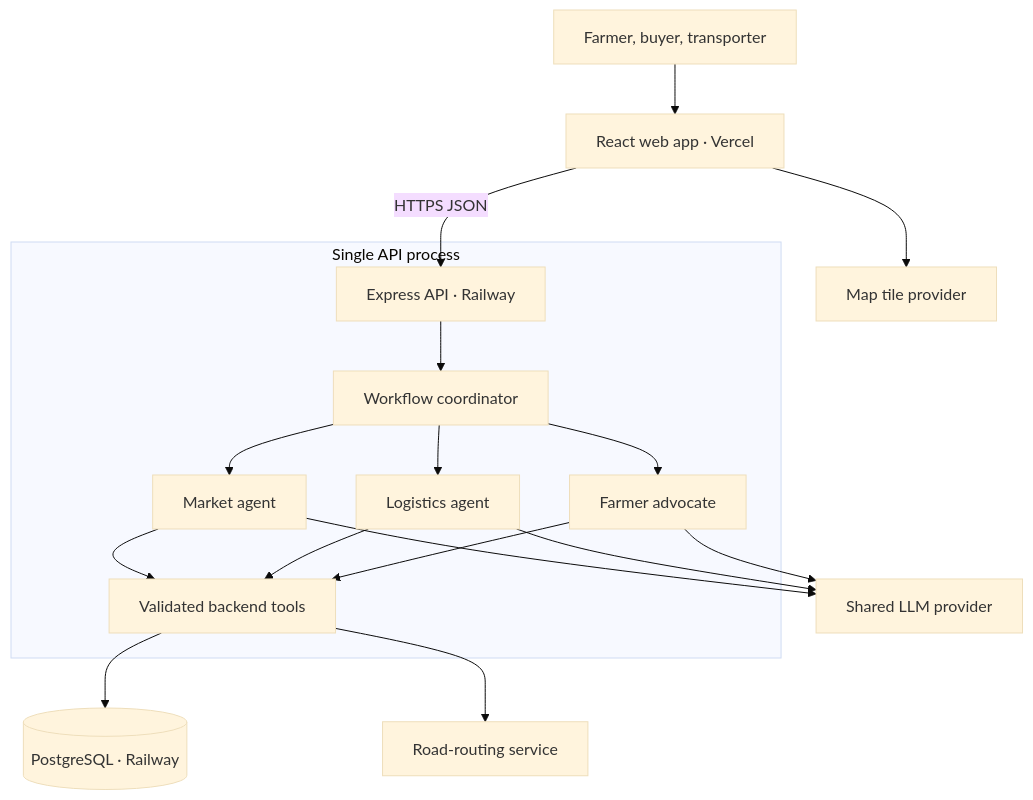
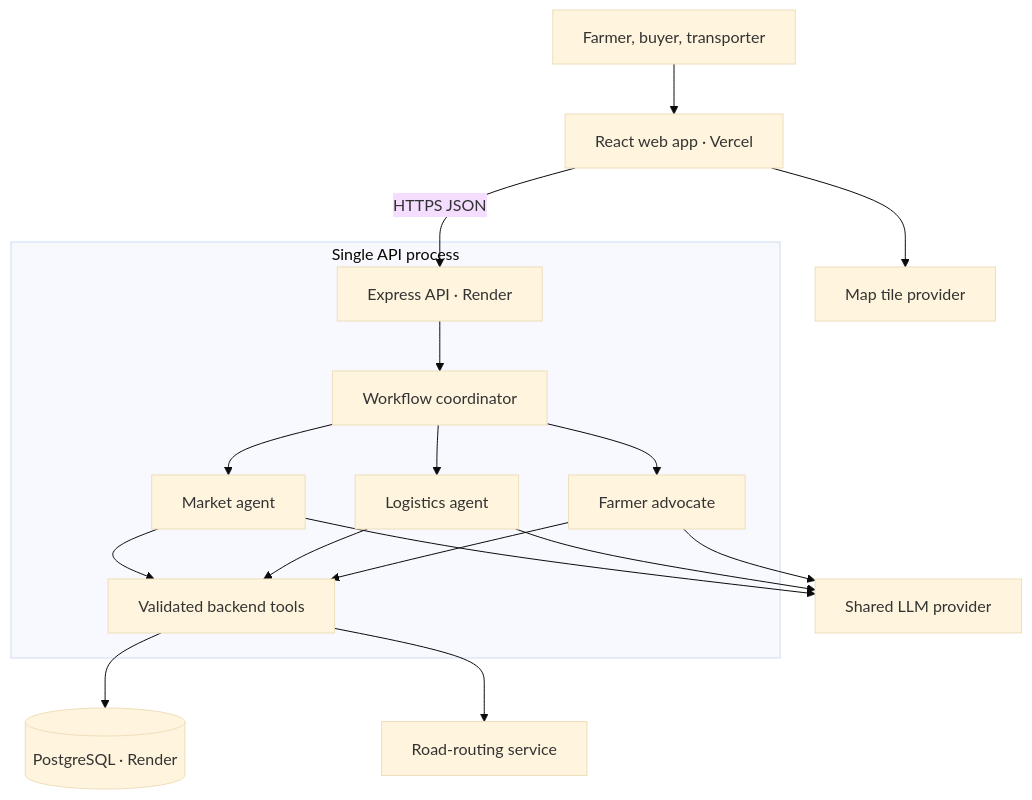
One commit to CropConvoy-NoMoreTokens/CropConvoy-NoMoreTokens changed the diagram in docs/IMPLEMENTATION-PLAN.md. Above: the diagram before and after it, drawn with Mermaid (base theme). The commit also changed other lines of this file and 32 other files, not shown here.

````diff
--- a/docs/IMPLEMENTATION-PLAN.md
+++ b/docs/IMPLEMENTATION-PLAN.md
@@ -44,20 +44,20 @@
 ```mermaid
 flowchart TB
   U["Farmer, buyer, transporter"] --> W["React web app · Vercel"]
-  W -->|"HTTPS JSON"| A["Express API · Railway"]
+  W -->|"HTTPS JSON"| A["Express API · Render"]
   W --> T["Map tile provider"]
   subgraph Backend["Single API process"]
     A --> O["Workflow coordinator"]
     O --> M["Market agent"]
     O --> L["Logistics agent"]
     O --> F["Farmer advocate"]
     M --> V["Validated backend tools"]
     L --> V
     F --> V
   end
   M --> AI["Shared LLM provider"]
   L --> AI
   F --> AI
-  V --> DB[("PostgreSQL · Railway")]
+  V --> DB[("PostgreSQL · Render")]
   V --> R["Road-routing service"]
 ```
````
